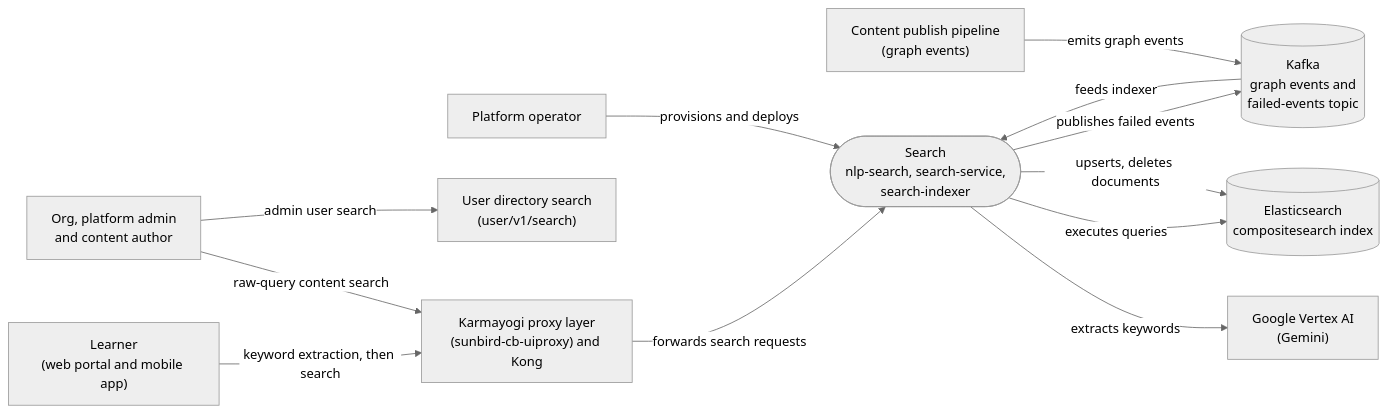
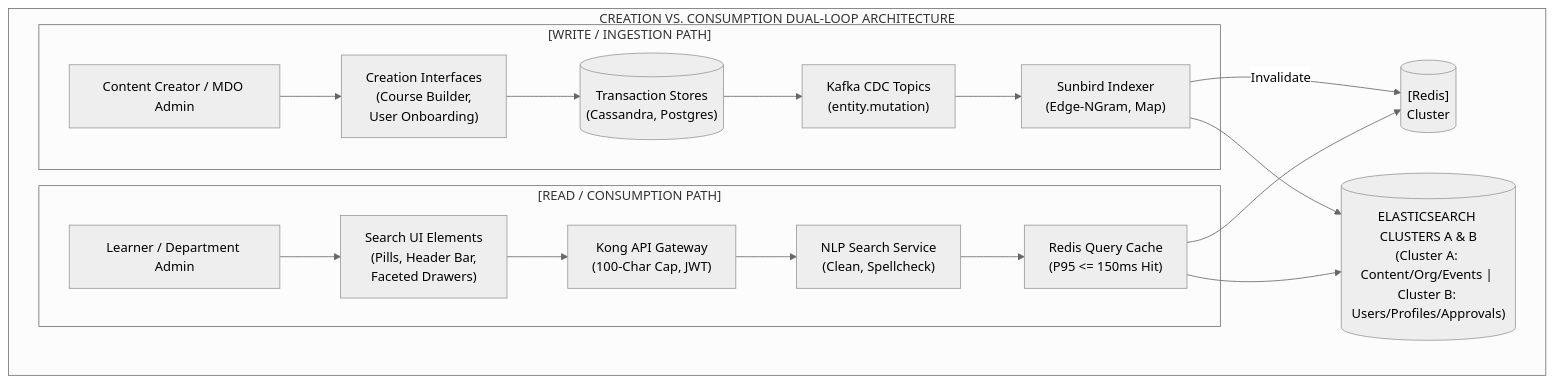
Before and after one commit to KB-iGOT/igot-docs: the third of 3 diagrams in docs/learning-hub/search/context-diagram.md, drawn with Mermaid (neutral theme). The commit also changed other lines of this file and 31 other files, not shown here.

````diff
--- a/docs/learning-hub/search/context-diagram.md
+++ b/docs/learning-hub/search/context-diagram.md
@@ -14,29 +114,33 @@
 ```mermaid
-flowchart LR
-    LRN["Learner<br/>(web portal and mobile app)"]
-    ADM["Org, platform admin<br/>and content author"]
-    OPS["Platform operator"]
-
-    PX["Karmayogi proxy layer<br/>(sunbird-cb-uiproxy) and Kong"]
-    GEM["Google Vertex AI<br/>(Gemini)"]
-    UDS["User directory search<br/>(user/v1/search)"]
-    PUB["Content publish pipeline<br/>(graph events)"]
-
-    SRCH(["Search<br/>nlp-search, search-service,<br/>search-indexer"])
-
-    ES[("Elasticsearch<br/>compositesearch index")]
-    KAF[("Kafka<br/>graph events and<br/>failed-events topic")]
-
-    LRN -->|"keyword extraction, then search"| PX
-    ADM -->|"raw-query content search"| PX
-    ADM -->|"admin user search"| UDS
-    PX -->|"forwards search requests"| SRCH
-    OPS -->|"provisions and deploys"| SRCH
-
-    SRCH -->|"extracts keywords"| GEM
-    SRCH -->|"executes queries"| ES
-    SRCH -->|"upserts, deletes documents"| ES
-    PUB -->|"emits graph events"| KAF
-    KAF -->|"feeds indexer"| SRCH
-    SRCH -->|"publishes failed events"| KAF
+flowchart TD
+    subgraph DL["CREATION VS. CONSUMPTION DUAL-LOOP ARCHITECTURE"]
+        subgraph WP["[WRITE / INGESTION PATH]"]
+            W0["Content Creator / MDO Admin"]
+            W1["Creation Interfaces<br/>(Course Builder,<br/>User Onboarding)"]
+            W2[("Transaction Stores<br/>(Cassandra, Postgres)")]
+            W3["Kafka CDC Topics<br/>(entity.mutation)"]
+            W4["Sunbird Indexer<br/>(Edge-NGram, Map)"]
+            W0 --> W1
+            W1 --> W2
+            W2 --> W3
+            W3 --> W4
+        end
+        subgraph RP["[READ / CONSUMPTION PATH]"]
+            R0["Learner / Department Admin"]
+            R1["Search UI Elements<br/>(Pills, Header Bar,<br/>Faceted Drawers)"]
+            R2["Kong API Gateway<br/>(100-Char Cap, JWT)"]
+            R3["NLP Search Service<br/>(Clean, Spellcheck)"]
+            R4["Redis Query Cache<br/>(P95 #lt;= 150ms Hit)"]
+            R0 --> R1
+            R1 --> R2
+            R2 --> R3
+            R3 --> R4
+        end
+        RC[("[Redis]<br/>Cluster")]
+        ES[("ELASTICSEARCH CLUSTERS A & B<br/>(Cluster A: Content/Org/Events #124; Cluster B: Users/Profiles/Approvals)")]
+        W4 -->|"Invalidate"| RC
+        R4 --> RC
+        W4 --> ES
+        R4 --> ES
+    end
 ```
````
